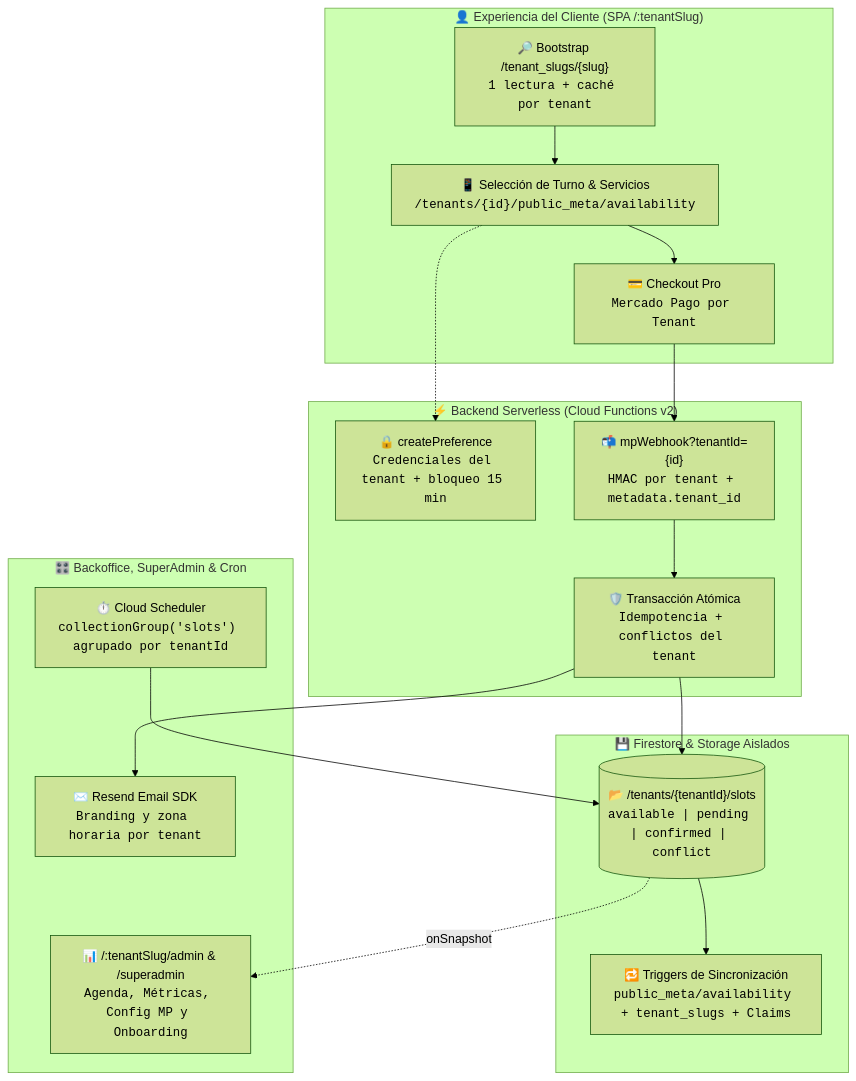
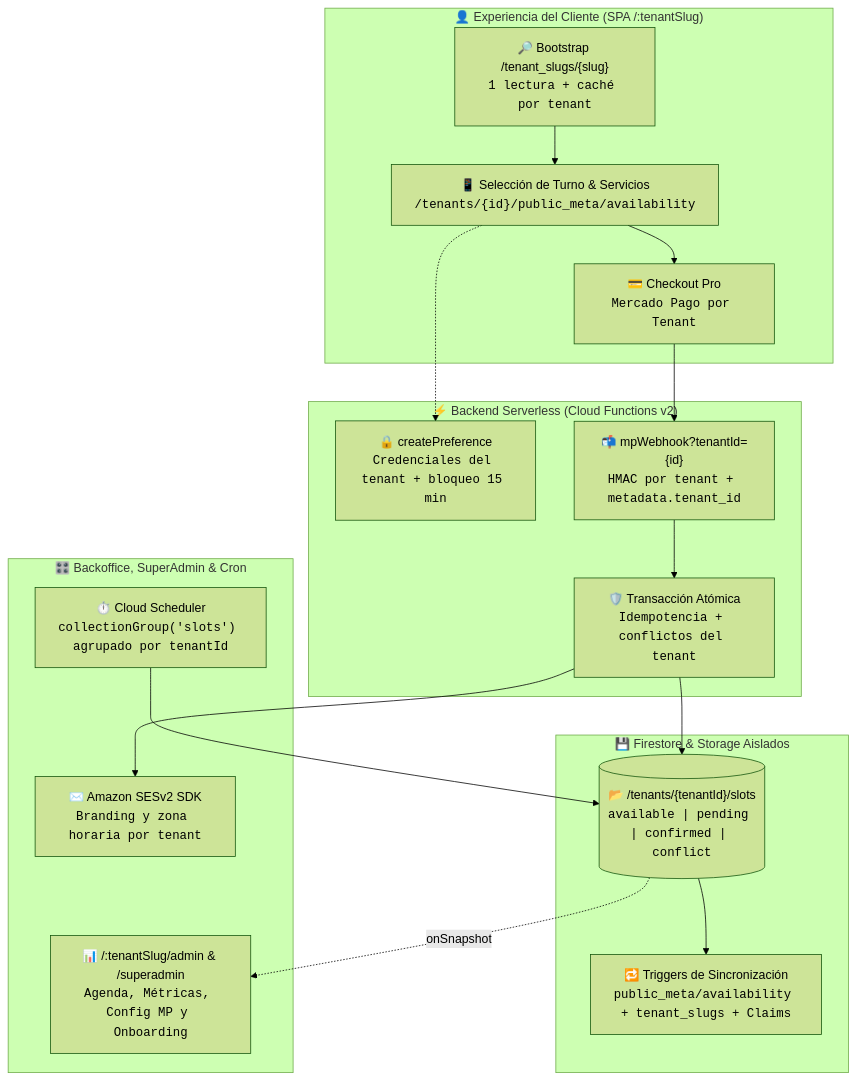
Before and after one commit to MaximilianoGimenez0/Turnos-web: the diagram in README.md, drawn with Mermaid (forest theme). The commit also changed other lines of this file and 17 other files, not shown here.

First line of the commit message:
feat(email): migrate transactional emails from Resend to Amazon SESv2

````diff
--- a/README.md
+++ b/README.md
@@ -70,32 +70,32 @@
 ```mermaid
 flowchart TD
     subgraph CLIENT ["👤 Experiencia del Cliente (SPA /:tenantSlug)"]
         A["🔎 Bootstrap /tenant_slugs/{slug}<br/><code>1 lectura + caché por tenant</code>"]
         B["📱 Selección de Turno & Servicios<br/><code>/tenants/{id}/public_meta/availability</code>"]
         C["💳 Checkout Pro<br/><code>Mercado Pago por Tenant</code>"]
         A --> B --> C
     end
 
     subgraph BACKEND ["⚡ Backend Serverless (Cloud Functions v2)"]
         D["🔒 createPreference<br/><code>Credenciales del tenant + bloqueo 15 min</code>"]
         E["📬 mpWebhook?tenantId={id}<br/><code>HMAC por tenant + metadata.tenant_id</code>"]
         F["🛡️ Transacción Atómica<br/><code>Idempotencia + conflictos del tenant</code>"]
         B -.-> D
         C --> E --> F
     end
 
     subgraph DATABASE ["💾 Firestore & Storage Aislados"]
         G[("📂 /tenants/{tenantId}/slots<br/><code>available | pending | confirmed | conflict</code>")]
         H["🔁 Triggers de Sincronización<br/><code>public_meta/availability + tenant_slugs + Claims</code>"]
         F --> G --> H
     end
 
     subgraph SERVICES ["🎛️ Backoffice, SuperAdmin & Cron"]
         I["📊 /:tenantSlug/admin & /superadmin<br/><code>Agenda, Métricas, Config MP y Onboarding</code>"]
-        J["✉️ Resend Email SDK<br/><code>Branding y zona horaria por tenant</code>"]
+        J["✉️ Amazon SESv2 SDK<br/><code>Branding y zona horaria por tenant</code>"]
         K["⏱️ Cloud Scheduler<br/><code>collectionGroup('slots') agrupado por tenantId</code>"]
         G -.->|"onSnapshot"| I
         F --> J
         K --> G
     end
 ```
````
